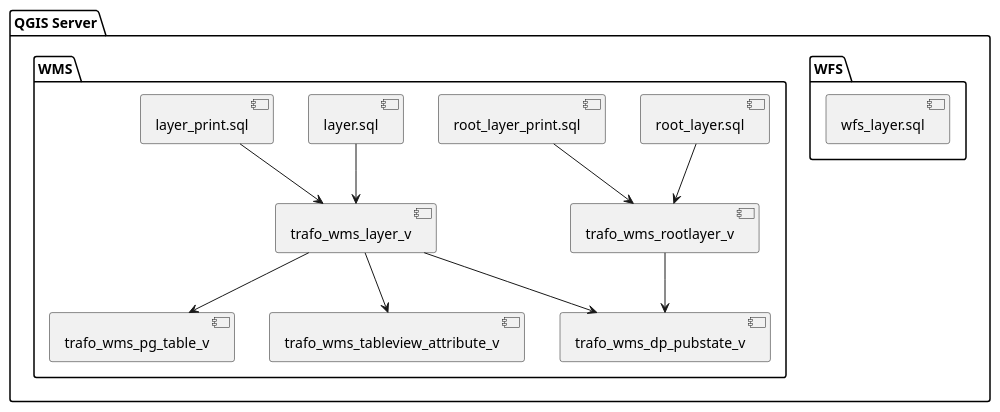
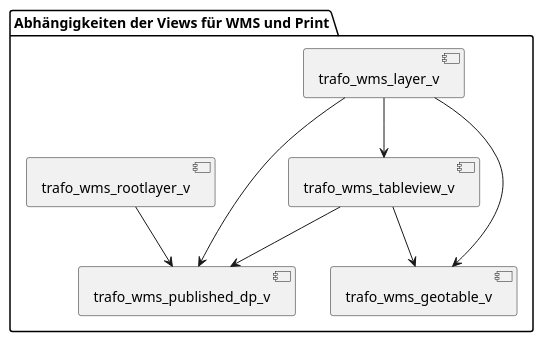
The diagram in api_webgisclient/sql2json/doc/query_dependencies.puml (sogis/pipelines), drawn with PlantUML before and after one commit. The commit also changed 52 other files, not shown here.

Commit message:
moved wms trafo files to this repo

```diff
--- a/api_webgisclient/sql2json/doc/query_dependencies.puml
+++ b/api_webgisclient/sql2json/doc/query_dependencies.puml
@@ -1,35 +1,21 @@
 @startuml
 
-package "QGIS Server" {
-    package "WFS" {
-        [wfs_layer.sql]
-    }
+package "Abhängigkeiten der Views für WMS und Print" {
+
+    [trafo_wms_layer_v]
+    [trafo_wms_geotable_v]
+    [trafo_wms_published_dp_v]
+    [trafo_wms_rootlayer_v]
+    [trafo_wms_tableview_v]
     
-    package "WMS" {
-        [root_layer.sql]
-        [root_layer_print.sql]
-        [layer.sql]
-        [layer_print.sql]
-        
+    trafo_wms_rootlayer_v --> trafo_wms_published_dp_v
+    trafo_wms_tableview_v --> trafo_wms_published_dp_v
+    
+    trafo_wms_tableview_v --> trafo_wms_geotable_v
 
-        [trafo_wms_layer_v]
-        [trafo_wms_pg_table_v]
-        [trafo_wms_tableview_attribute_v]
-        [trafo_wms_dp_pubstate_v]
-        [trafo_wms_rootlayer_v]
-        
-        root_layer.sql --> trafo_wms_rootlayer_v
-        root_layer_print.sql --> trafo_wms_rootlayer_v
-        
-        trafo_wms_rootlayer_v --> trafo_wms_dp_pubstate_v
-        
-        layer.sql --> trafo_wms_layer_v
-        layer_print.sql --> trafo_wms_layer_v
-        
-        trafo_wms_layer_v --> trafo_wms_pg_table_v
-        trafo_wms_layer_v --> trafo_wms_tableview_attribute_v
-        trafo_wms_layer_v --> trafo_wms_dp_pubstate_v
-    }
+    trafo_wms_layer_v --> trafo_wms_geotable_v
+    trafo_wms_layer_v --> trafo_wms_published_dp_v
+    trafo_wms_layer_v --> trafo_wms_tableview_v
 }
 
 @enduml
```
